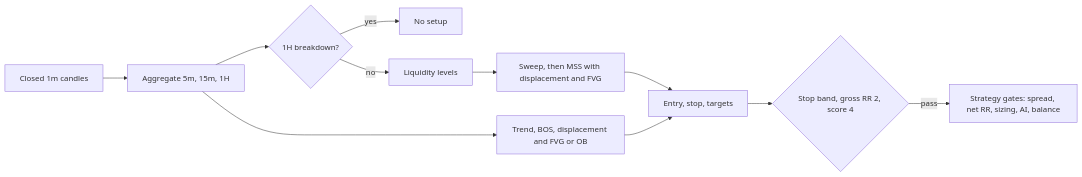
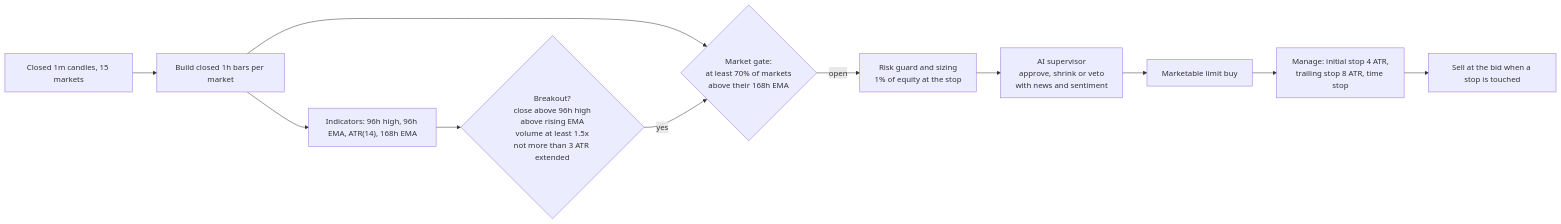
One commit to united-states-arak/wallex changed the diagram in docs/STRATEGY.md. Above: the diagram before and after it, drawn with Mermaid. The commit also changed other lines of this file and 152 other files, not shown here.

First line of the commit message:
feat: combo strategy, AI supervisor fixes, security hardening, full docs and demo video

````diff
--- a/docs/STRATEGY.md
+++ b/docs/STRATEGY.md
@@ -5,13 +19,13 @@
 ```mermaid
 flowchart LR
-    C["Closed 1m candles"] --> A["Aggregate 5m, 15m, 1H"]
-    A --> B{"1H breakdown?"}
-    B -- yes --> N["No setup"]
-    B -- no --> L["Liquidity levels"]
-    L --> S["Sweep, then MSS with displacement and FVG"]
-    A --> K["Trend, BOS, displacement and FVG or OB"]
-    S --> E["Entry, stop, targets"]
-    K --> E
-    E --> SC{"Stop band, gross RR 2, score 4"}
-    SC -- pass --> G["Strategy gates: spread, net RR, sizing, AI, balance"]
+    C["Closed 1m candles, 15 markets"] --> H["Build closed 1h bars per market"]
+    H --> I["Indicators: 96h high, 96h EMA, ATR(14), 168h EMA"]
+    I --> B{"Breakout?<br/>close above 96h high<br/>above rising EMA<br/>volume at least 1.5x<br/>not more than 3 ATR extended"}
+    H --> G{"Market gate:<br/>at least 70% of markets<br/>above their 168h EMA"}
+    B -- yes --> G
+    G -- open --> R["Risk guard and sizing<br/>1% of equity at the stop"]
+    R --> A["AI supervisor<br/>approve, shrink or veto<br/>with news and sentiment"]
+    A --> E["Marketable limit buy"]
+    E --> M["Manage: initial stop 4 ATR,<br/>trailing stop 8 ATR, time stop"]
+    M --> X["Sell at the bid when a stop is touched"]
 ```
````
